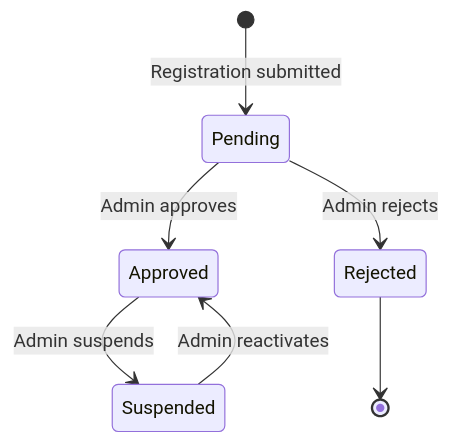
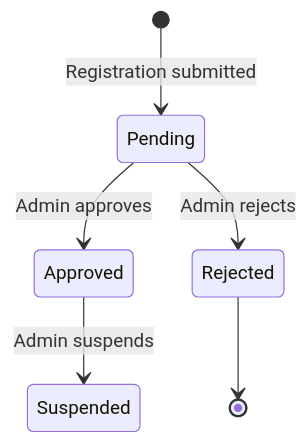
Before and after one commit to SwiftDrop-Group09/swiftdrop-docs: the fifth of 7 diagrams in design/diagrams/er/README.md, drawn with Mermaid. The commit also changed other lines of this file and 56 other files, not shown here.

Commit message:
docs: revise and export required workflow diagrams

````diff
--- a/design/diagrams/er/README.md
+++ b/design/diagrams/er/README.md
@@ -296,9 +343,8 @@
 ```mermaid
 stateDiagram-v2
     [*] --> Pending : Registration submitted
     Pending --> Approved : Admin approves
     Pending --> Rejected : Admin rejects
     Approved --> Suspended : Admin suspends
-    Suspended --> Approved : Admin reactivates
     Rejected --> [*]
 ```
````
